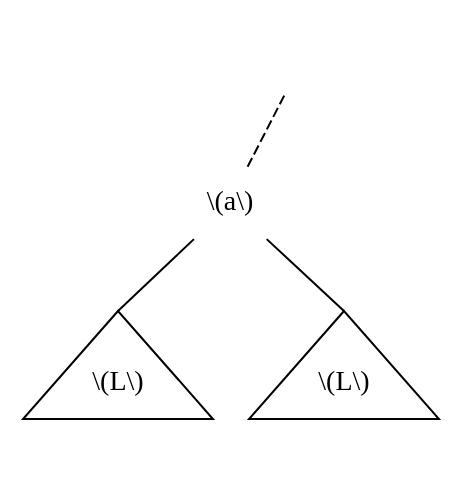
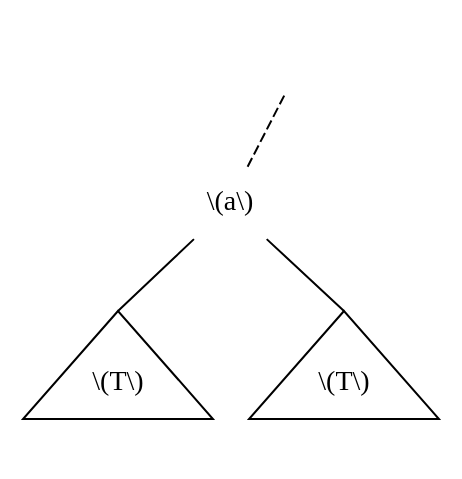
Before and after one commit to Larhard/Combinatorial-interpretations-of-holonomic-recurrences: the diagram in article/images_src/lambda/def/2.dot, drawn with Graphviz. The commit also changed 10 other files, not shown here.

```diff
--- a/article/images_src/lambda/def/2.dot
+++ b/article/images_src/lambda/def/2.dot
@@ -1,13 +1,13 @@
 graph {
 	size="4,4"
     graph [splines=false]
 	0 [label="" shape=none]
 	a [label="\\(a\\)" shape=none]
-	L1 [label="\\(L\\)" shape=triangle height=1]
-	L2 [label="\\(L\\)" shape=triangle height=1]
+	L1 [label="\\(T\\)" shape=triangle height=1]
+	L2 [label="\\(T\\)" shape=triangle height=1]
 	1 [label="" shape=none]
     0 -- a [style=dashed]
     a -- L1 [headport=n]
     a -- L2 [headport=n]
     0 -- 1 [style=invis]
 }
```
